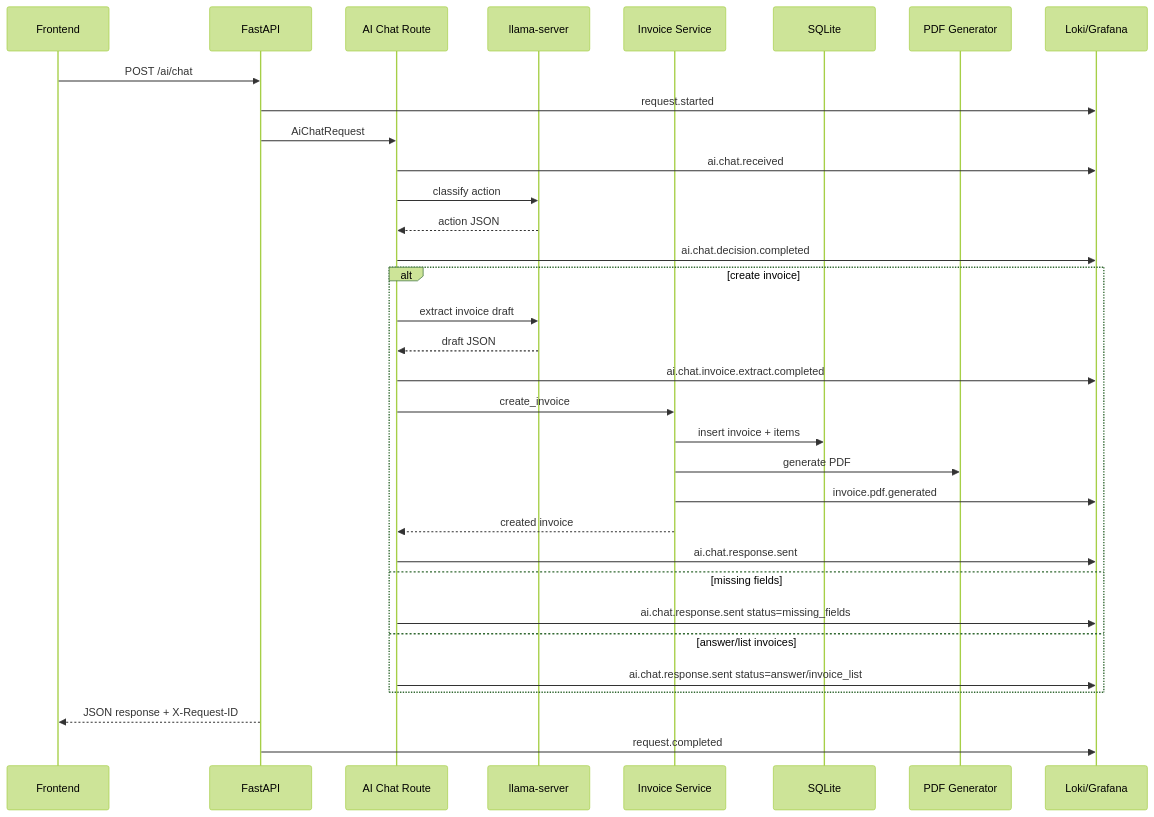
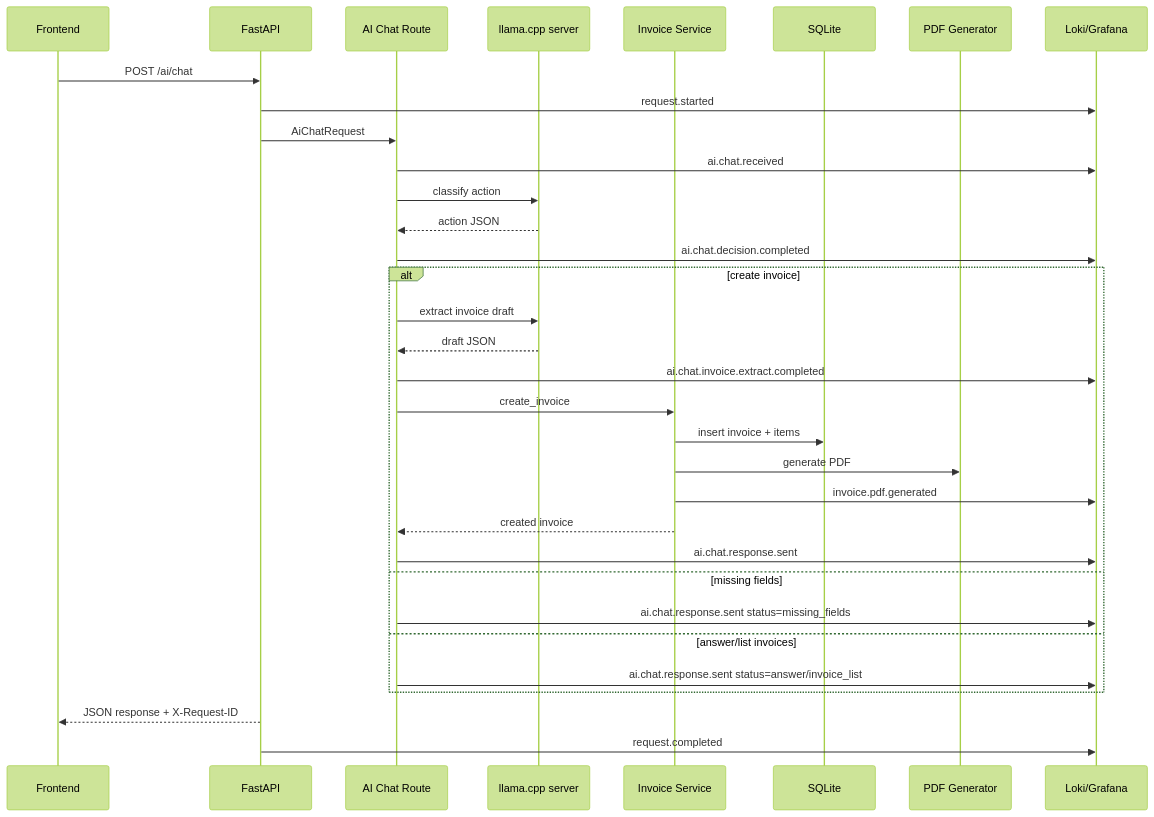
The second of 3 diagrams in README.md (sargis-tovmasyan/document-generation-api-ai), drawn with Mermaid (forest theme) before and after one commit. The commit also changed other lines of this file, not shown here.

Commit message:
Update README for dockerized llama.cpp stack

````diff
--- a/README.md
+++ b/README.md
@@ -58,38 +62,38 @@
 ```mermaid
 sequenceDiagram
     participant FE as Frontend
     participant API as FastAPI
     participant Chat as AI Chat Route
-    participant LLM as llama-server
+    participant LLM as llama.cpp server
     participant Invoice as Invoice Service
     participant DB as SQLite
     participant PDF as PDF Generator
     participant Logs as Loki/Grafana
 
     FE->>API: POST /ai/chat
     API->>Logs: request.started
     API->>Chat: AiChatRequest
     Chat->>Logs: ai.chat.received
     Chat->>LLM: classify action
     LLM-->>Chat: action JSON
     Chat->>Logs: ai.chat.decision.completed
 
     alt create invoice
         Chat->>LLM: extract invoice draft
         LLM-->>Chat: draft JSON
         Chat->>Logs: ai.chat.invoice.extract.completed
         Chat->>Invoice: create_invoice
         Invoice->>DB: insert invoice + items
         Invoice->>PDF: generate PDF
         Invoice->>Logs: invoice.pdf.generated
         Invoice-->>Chat: created invoice
         Chat->>Logs: ai.chat.response.sent
     else missing fields
         Chat->>Logs: ai.chat.response.sent status=missing_fields
     else answer/list invoices
         Chat->>Logs: ai.chat.response.sent status=answer/invoice_list
     end
 
     API-->>FE: JSON response + X-Request-ID
     API->>Logs: request.completed
 ```
````
